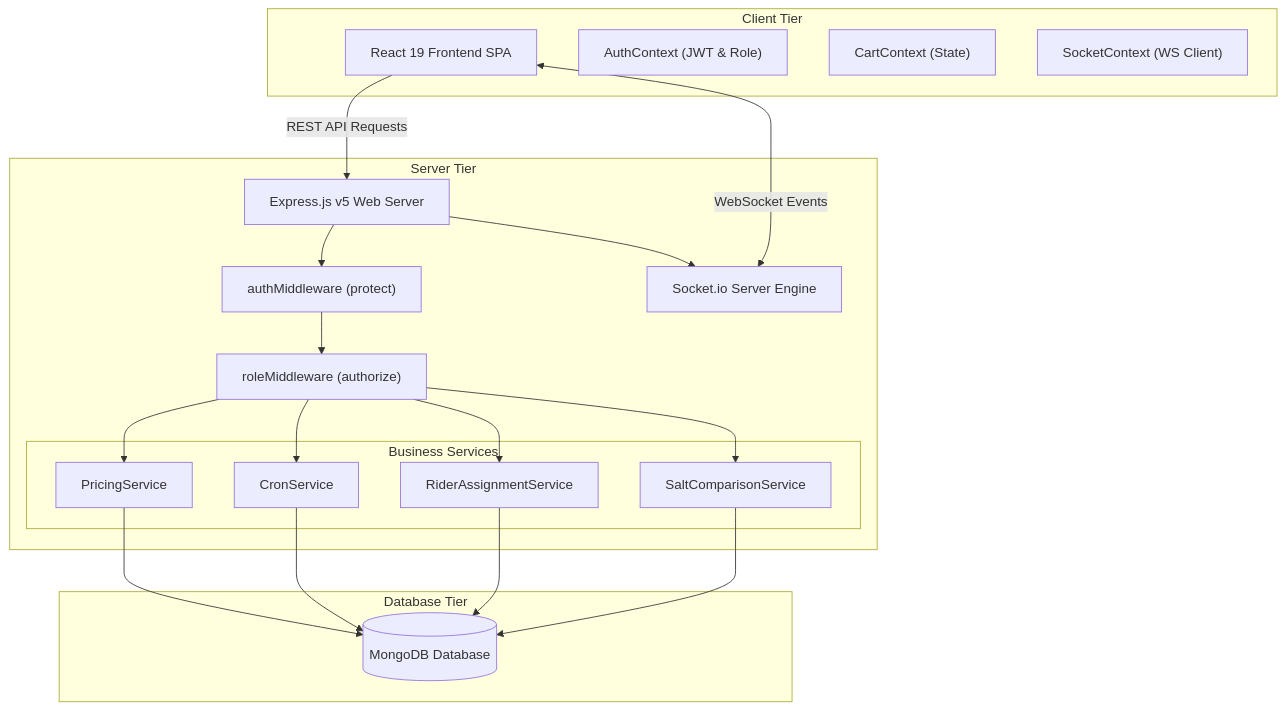
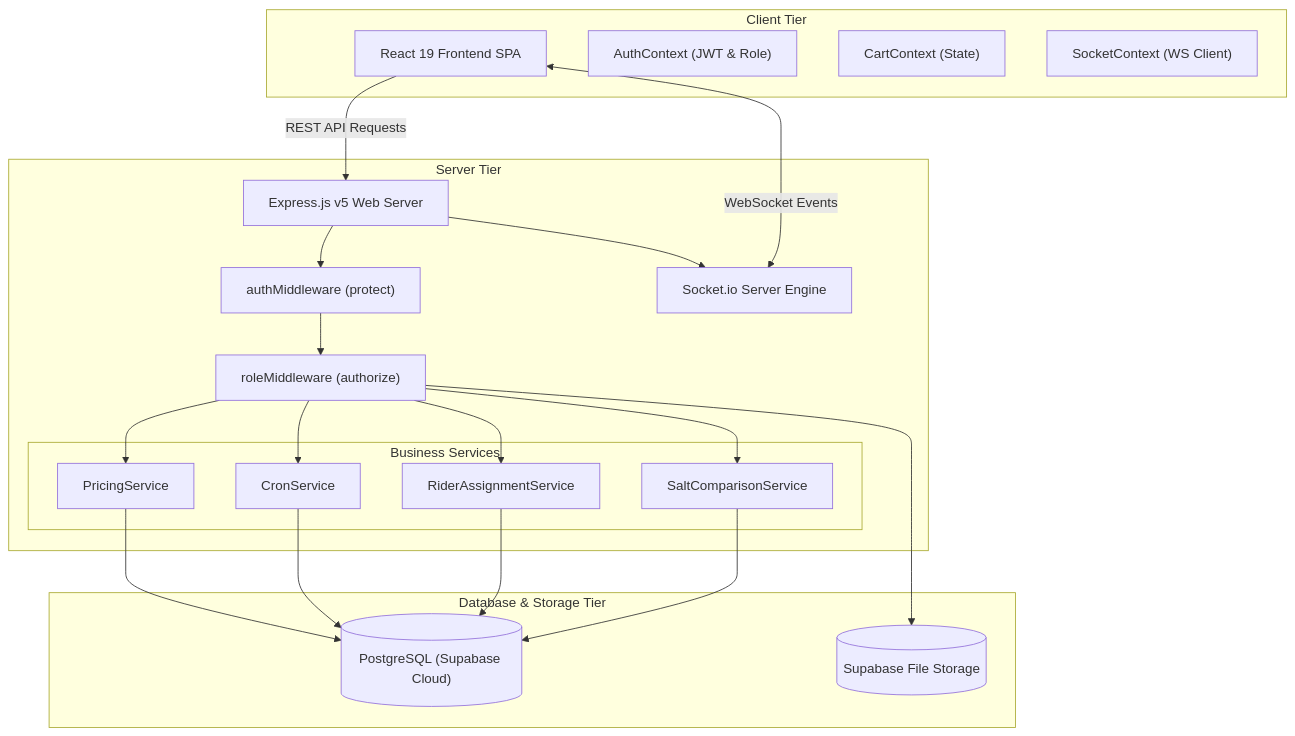
One commit to em-srs/Medifly changed the first of 5 diagrams in notes.md. Above: the diagram before and after it, drawn with Mermaid. The commit also changed other lines of this file and 1 other file, not shown here.

Commit message:
docs: update README.md and notes.md with Phase 5 audit, prescription storage architecture, and PostgreSQL diagrams

````diff
--- a/notes.md
+++ b/notes.md
@@ -21,42 +21,44 @@
 ```mermaid
 graph TB
     subgraph Client Tier
         UI["React 19 Frontend SPA"]
         AC["AuthContext (JWT & Role)"]
         CC["CartContext (State)"]
         SC["SocketContext (WS Client)"]
     end
 
     subgraph Server Tier
         EX["Express.js v5 Web Server"]
         MW_A["authMiddleware (protect)"]
         MW_R["roleMiddleware (authorize)"]
         
         subgraph Business Services
             PS["PricingService"]
             CS["CronService"]
             RAS["RiderAssignmentService"]
             SCS["SaltComparisonService"]
         end
         
         SIO["Socket.io Server Engine"]
     end
 
-    subgraph Database Tier
-        DB[("MongoDB Database")]
+    subgraph Database & Storage Tier
+        DB[("PostgreSQL (Supabase Cloud)")]
+        ST[("Supabase File Storage")]
     end
 
     UI -->|REST API Requests| EX
     UI <-->|WebSocket Events| SIO
     EX --> MW_A
     MW_A --> MW_R
     MW_R --> PS
     MW_R --> CS
     MW_R --> RAS
     MW_R --> SCS
     PS --> DB
     CS --> DB
     RAS --> DB
     SCS --> DB
+    MW_R --> ST
     EX --> SIO
 ```
````
